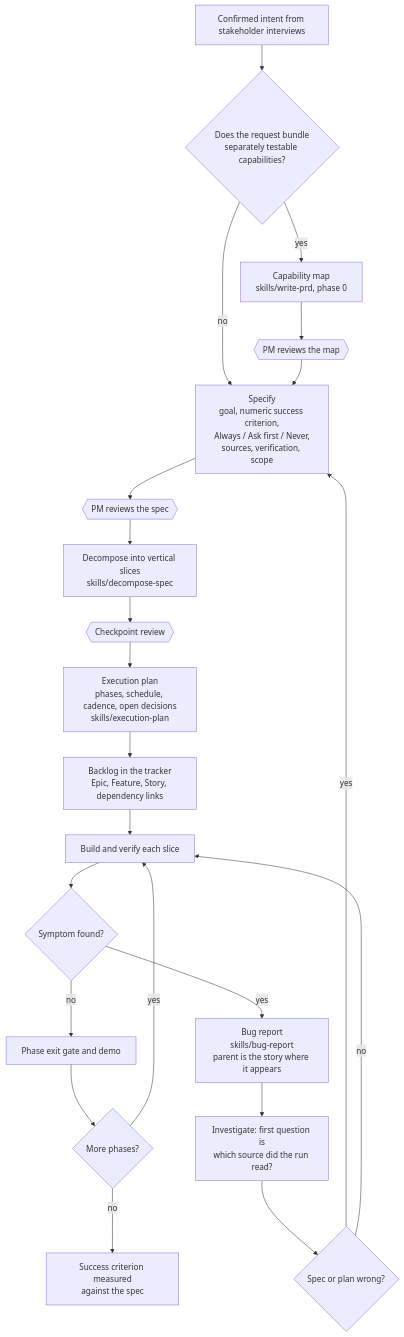
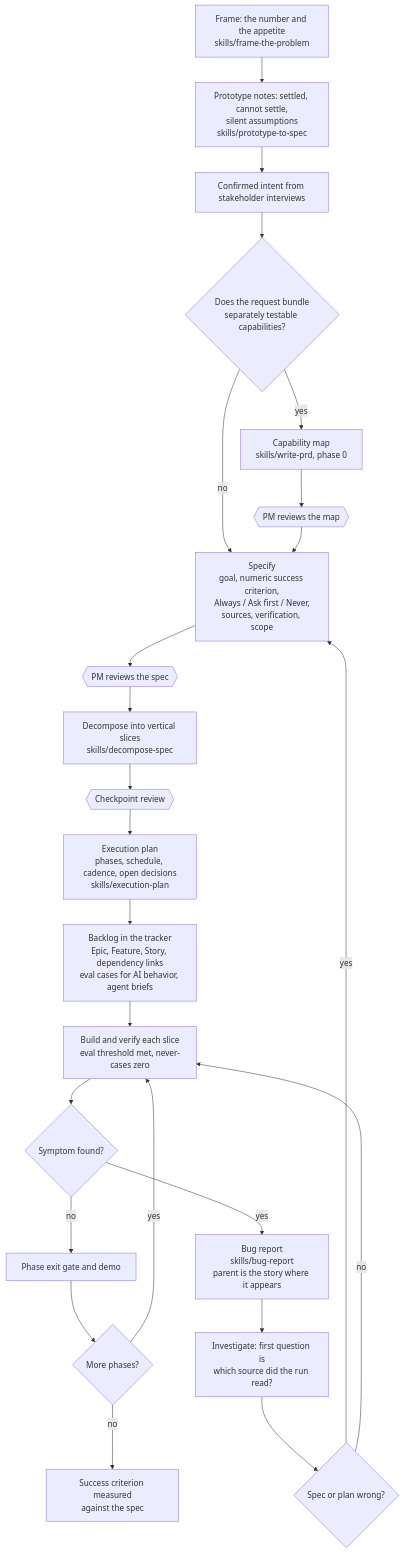
Before and after one commit to Benyoumen/backlog-writing-system: the diagram in docs/delivery-flow.md, drawn with Mermaid. The commit also changed other lines of this file and 59 other files, not shown here.

````diff
--- a/docs/delivery-flow.md
+++ b/docs/delivery-flow.md
@@ -5,24 +5,25 @@
 ```mermaid
 flowchart TD
-    A[Confirmed intent from stakeholder interviews] --> B{Does the request bundle<br/>separately testable capabilities?}
+    A0[Frame: the number and the appetite<br/>skills/frame-the-problem] --> A1[Prototype notes: settled, cannot settle,<br/>silent assumptions<br/>skills/prototype-to-spec]
+    A1 --> A[Confirmed intent from stakeholder interviews] --> B{Does the request bundle<br/>separately testable capabilities?}
     B -- yes --> C[Capability map<br/>skills/write-prd, phase 0]
     B -- no --> D
     C --> G1{{PM reviews the map}}
     G1 --> D[Specify<br/>goal, numeric success criterion,<br/>Always / Ask first / Never,<br/>sources, verification, scope]
     D --> G2{{PM reviews the spec}}
     G2 --> E[Decompose into vertical slices<br/>skills/decompose-spec]
     E --> G3{{Checkpoint review}}
     G3 --> F[Execution plan<br/>phases, schedule, cadence, open decisions<br/>skills/execution-plan]
-    F --> H[Backlog in the tracker<br/>Epic, Feature, Story, dependency links]
-    H --> I[Build and verify each slice]
+    F --> H[Backlog in the tracker<br/>Epic, Feature, Story, dependency links<br/>eval cases for AI behavior, agent briefs]
+    H --> I[Build and verify each slice<br/>eval threshold met, never-cases zero]
     I --> J{Symptom found?}
     J -- no --> K[Phase exit gate and demo]
     J -- yes --> L[Bug report<br/>skills/bug-report<br/>parent is the story where it appears]
     L --> M[Investigate: first question is<br/>which source did the run read?]
     M --> N{Spec or plan wrong?}
     N -- yes --> D
     N -- no --> I
     K --> O{More phases?}
     O -- yes --> I
     O -- no --> P[Success criterion measured<br/>against the spec]
 ```
````
